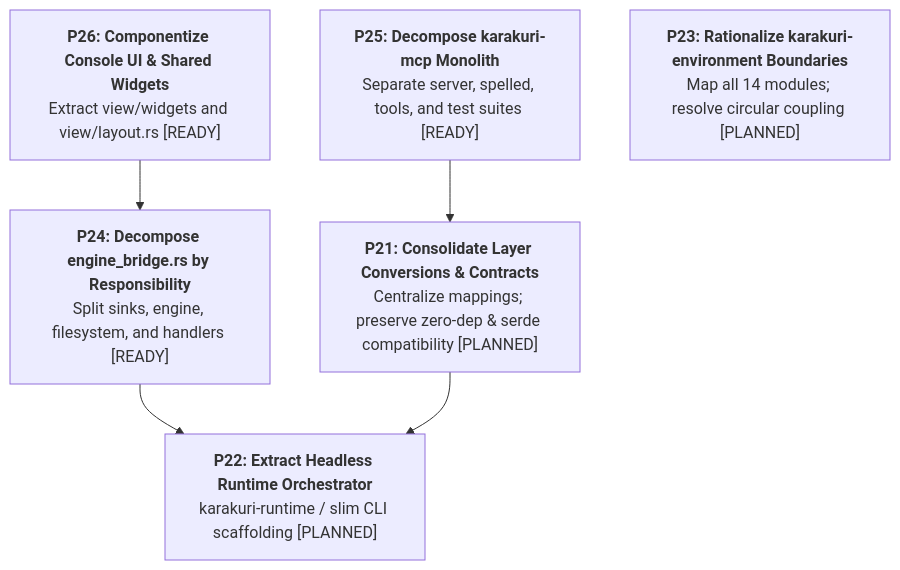
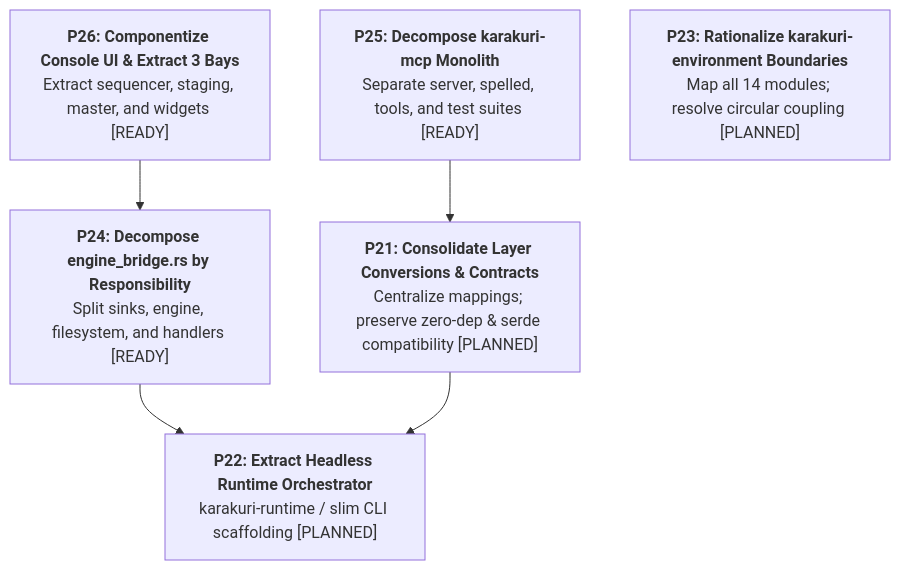
The diagram in docs/refactoring.md (toyoshim-i/Karakuri), drawn with Mermaid before and after one commit. The commit also changed other lines of this file, not shown here.

````diff
--- a/docs/refactoring.md
+++ b/docs/refactoring.md
@@ -72,14 +76,14 @@
 ```mermaid
 graph TD
-    P26["<b>P26: Componentize Console UI & Shared Widgets</b><br/>Extract view/widgets and view/layout.rs [READY]"]
+    P26["<b>P26: Componentize Console UI & Extract 3 Bays</b><br/>Extract sequencer, staging, master, and widgets [READY]"]
     P25["<b>P25: Decompose karakuri-mcp Monolith</b><br/>Separate server, spelled, tools, and test suites [READY]"]
     P24["<b>P24: Decompose engine_bridge.rs by Responsibility</b><br/>Split sinks, engine, filesystem, and handlers [READY]"]
     P22["<b>P22: Extract Headless Runtime Orchestrator</b><br/>karakuri-runtime / slim CLI scaffolding [PLANNED]"]
     P21["<b>P21: Consolidate Layer Conversions & Contracts</b><br/>Centralize mappings; preserve zero-dep & serde compatibility [PLANNED]"]
     P23["<b>P23: Rationalize karakuri-environment Boundaries</b><br/>Map all 14 modules; resolve circular coupling [PLANNED]"]
 
     P26 --> P24
     P25 --> P21
     P24 --> P22
     P21 --> P22
 ```
````
